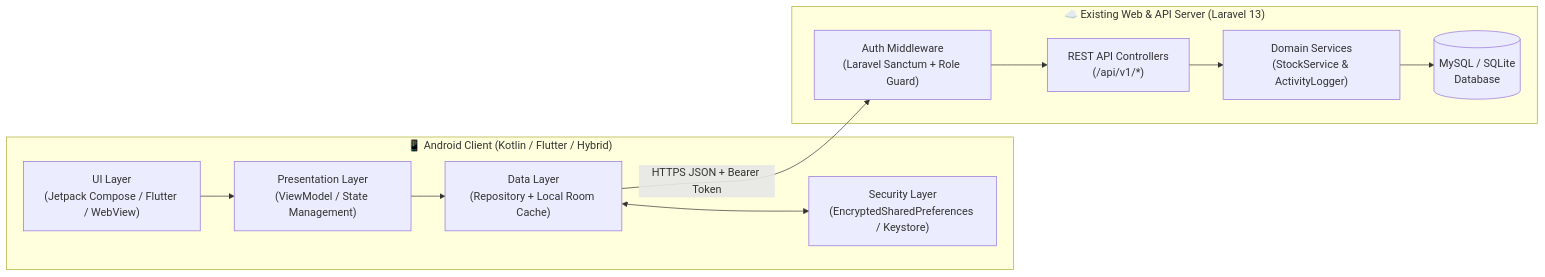
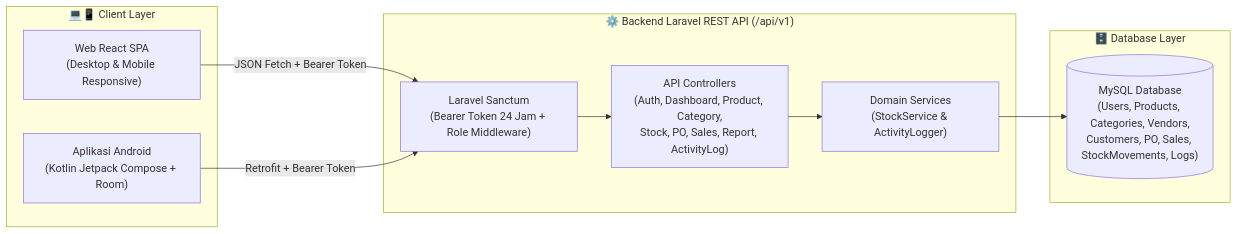
Before and after one commit to nfiialhdii-hub/DepotifyWeb: the first of 3 diagrams in README.md, drawn with Mermaid. The commit also changed other lines of this file and 12 other files, not shown here.

````diff
--- a/README.md
+++ b/README.md
@@ -55,24 +35,23 @@
 ```mermaid
 flowchart LR
-    subgraph Android["📱 Android Client (Kotlin / Flutter / Hybrid)"]
-        UI["UI Layer\n(Jetpack Compose / Flutter / WebView)"]
-        VM["Presentation Layer\n(ViewModel / State Management)"]
-        REPO["Data Layer\n(Repository + Local Room Cache)"]
-        SEC["Security Layer\n(EncryptedSharedPreferences / Keystore)"]
+    subgraph Client["💻📱 Client Layer"]
+        WEB["Web React SPA\n(Desktop & Mobile Responsive)"]
+        AND["Aplikasi Android\n(Kotlin Jetpack Compose + Room)"]
     end
 
-    subgraph Backend["☁️ Existing Web & API Server (Laravel 13)"]
-        SANCTUM["Auth Middleware\n(Laravel Sanctum + Role Guard)"]
-        API["REST API Controllers\n(/api/v1/*)"]
-        STOCK["Domain Services\n(StockService & ActivityLogger)"]
-        DB[("MySQL / SQLite\nDatabase")]
+    subgraph Server["⚙️ Backend Laravel REST API (/api/v1)"]
+        AUTH["Laravel Sanctum\n(Bearer Token 24 Jam + Role Middleware)"]
+        CTRL["API Controllers\n(Auth, Dashboard, Product, Category,\nStock, PO, Sales, Report, ActivityLog)"]
+        SVC["Domain Services\n(StockService & ActivityLogger)"]
     end
 
-    UI --> VM
-    VM --> REPO
-    REPO <--> SEC
-    REPO -- "HTTPS JSON + Bearer Token" --> SANCTUM
-    SANCTUM --> API
-    API --> STOCK
-    STOCK --> DB
+    subgraph Storage["🗄️ Database Layer"]
+        DB[("MySQL Database\n(Users, Products, Categories, Vendors,\nCustomers, PO, Sales, StockMovements, Logs)")]
+    end
+
+    WEB -- "JSON Fetch + Bearer Token" --> AUTH
+    AND -- "Retrofit + Bearer Token" --> AUTH
+    AUTH --> CTRL
+    CTRL --> SVC
+    SVC --> DB
 ```
````
